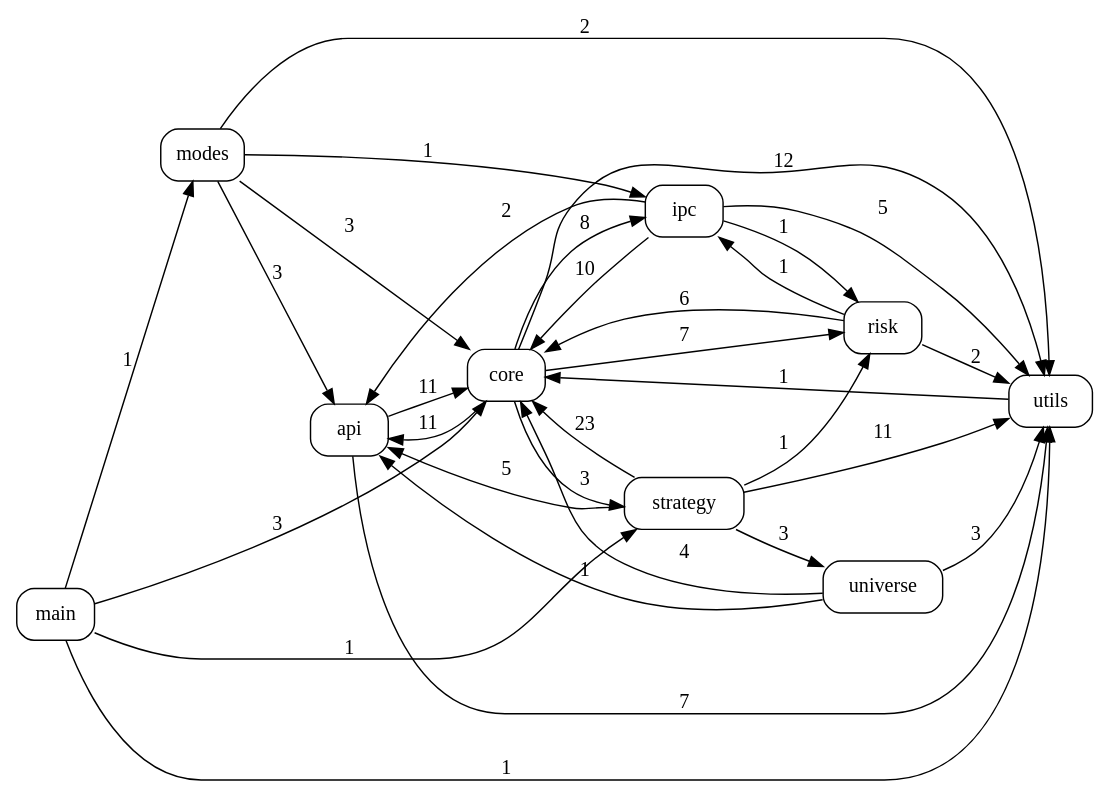
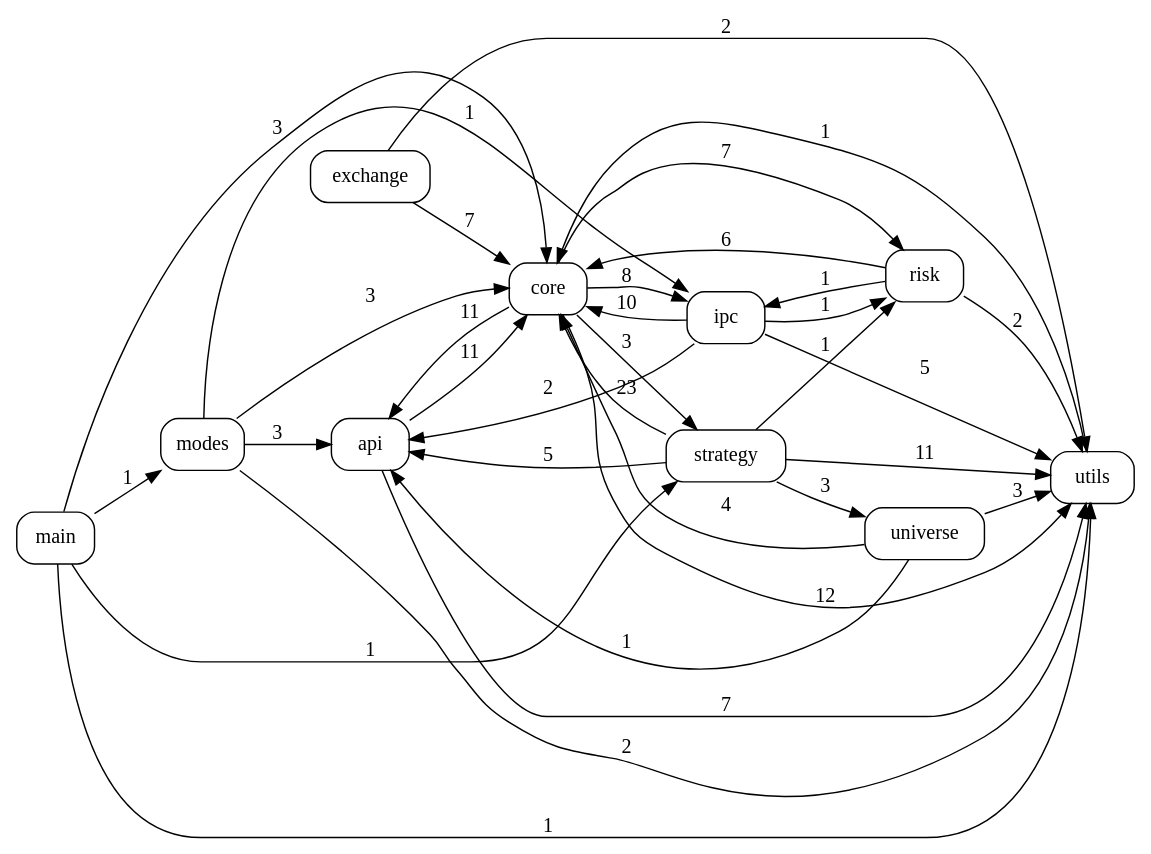
Before and after one commit to pypy8171/Quant: the diagram in docs/code_graph.dot, drawn with Graphviz. The commit also changed 23 other files, not shown here.

```diff
--- a/docs/code_graph.dot
+++ b/docs/code_graph.dot
@@ -1,44 +1,47 @@
 digraph code_graph {
   rankdir=LR;
   node [shape=box, style=rounded, fontname="Consolas"];
   "api";
   "core";
+  "exchange";
   "ipc";
   "main";
   "modes";
   "risk";
   "strategy";
   "universe";
   "utils";
   "api" -> "core" [label="11"];
   "api" -> "utils" [label="7"];
   "core" -> "api" [label="11"];
   "core" -> "ipc" [label="8"];
   "core" -> "risk" [label="7"];
   "core" -> "strategy" [label="3"];
   "core" -> "utils" [label="12"];
+  "exchange" -> "core" [label="7"];
+  "exchange" -> "utils" [label="2"];
   "ipc" -> "api" [label="2"];
   "ipc" -> "core" [label="10"];
   "ipc" -> "risk" [label="1"];
   "ipc" -> "utils" [label="5"];
   "main" -> "core" [label="3"];
   "main" -> "modes" [label="1"];
   "main" -> "strategy" [label="1"];
   "main" -> "utils" [label="1"];
   "modes" -> "api" [label="3"];
   "modes" -> "core" [label="3"];
   "modes" -> "ipc" [label="1"];
   "modes" -> "utils" [label="2"];
   "risk" -> "core" [label="6"];
   "risk" -> "ipc" [label="1"];
   "risk" -> "utils" [label="2"];
   "strategy" -> "api" [label="5"];
   "strategy" -> "core" [label="23"];
   "strategy" -> "risk" [label="1"];
   "strategy" -> "universe" [label="3"];
   "strategy" -> "utils" [label="11"];
   "universe" -> "api" [label="1"];
   "universe" -> "core" [label="4"];
   "universe" -> "utils" [label="3"];
   "utils" -> "core" [label="1"];
 }
```
